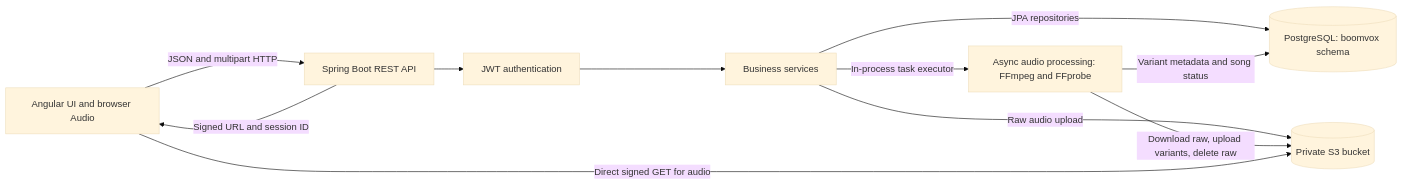
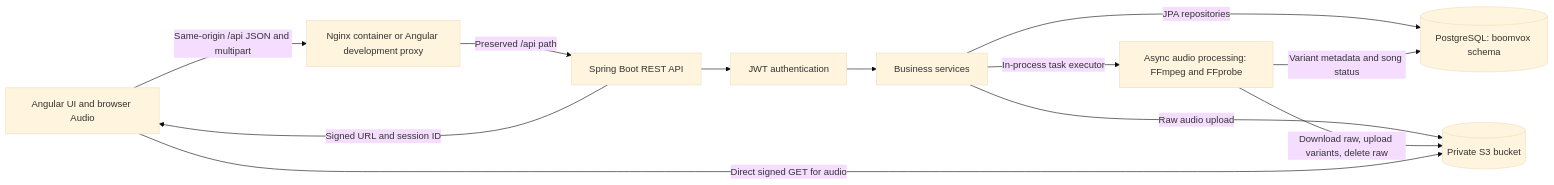
The first of 3 diagrams in docs/architecture.md (IvanVenkov712/Boomvox), drawn with Mermaid (base theme) before and after one commit. The commit also changed other lines of this file and 12 other files, not shown here.

````diff
--- a/docs/architecture.md
+++ b/docs/architecture.md
@@ -7,21 +7,23 @@
 ```mermaid
 flowchart LR
     Browser[Angular UI and browser Audio]
+    Proxy[Nginx container or Angular development proxy]
     API[Spring Boot REST API]
     Security[JWT authentication]
     Services[Business services]
     DB[(PostgreSQL: boomvox schema)]
     Job[Async audio processing: FFmpeg and FFprobe]
     S3[(Private S3 bucket)]
 
-    Browser -->|JSON and multipart HTTP| API
+    Browser -->|Same-origin /api JSON and multipart| Proxy
+    Proxy -->|Preserved /api path| API
     API --> Security
     Security --> Services
     Services -->|JPA repositories| DB
     Services -->|Raw audio upload| S3
     Services -->|In-process task executor| Job
     Job -->|Download raw, upload variants, delete raw| S3
     Job -->|Variant metadata and song status| DB
     API -->|Signed URL and session ID| Browser
     Browser -->|Direct signed GET for audio| S3
 ```
````
